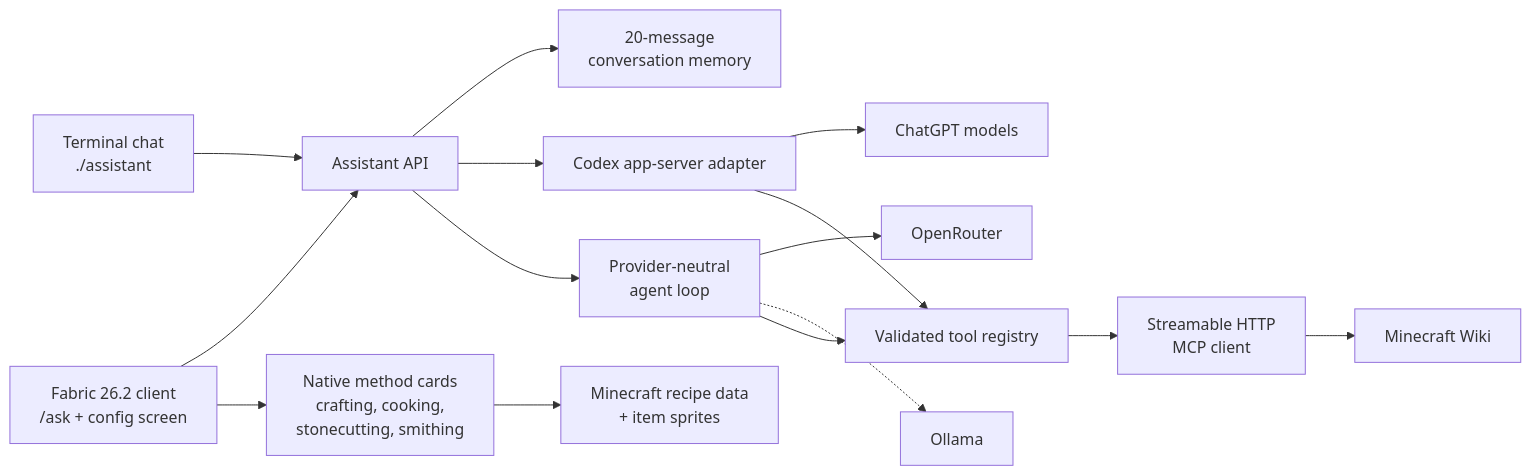
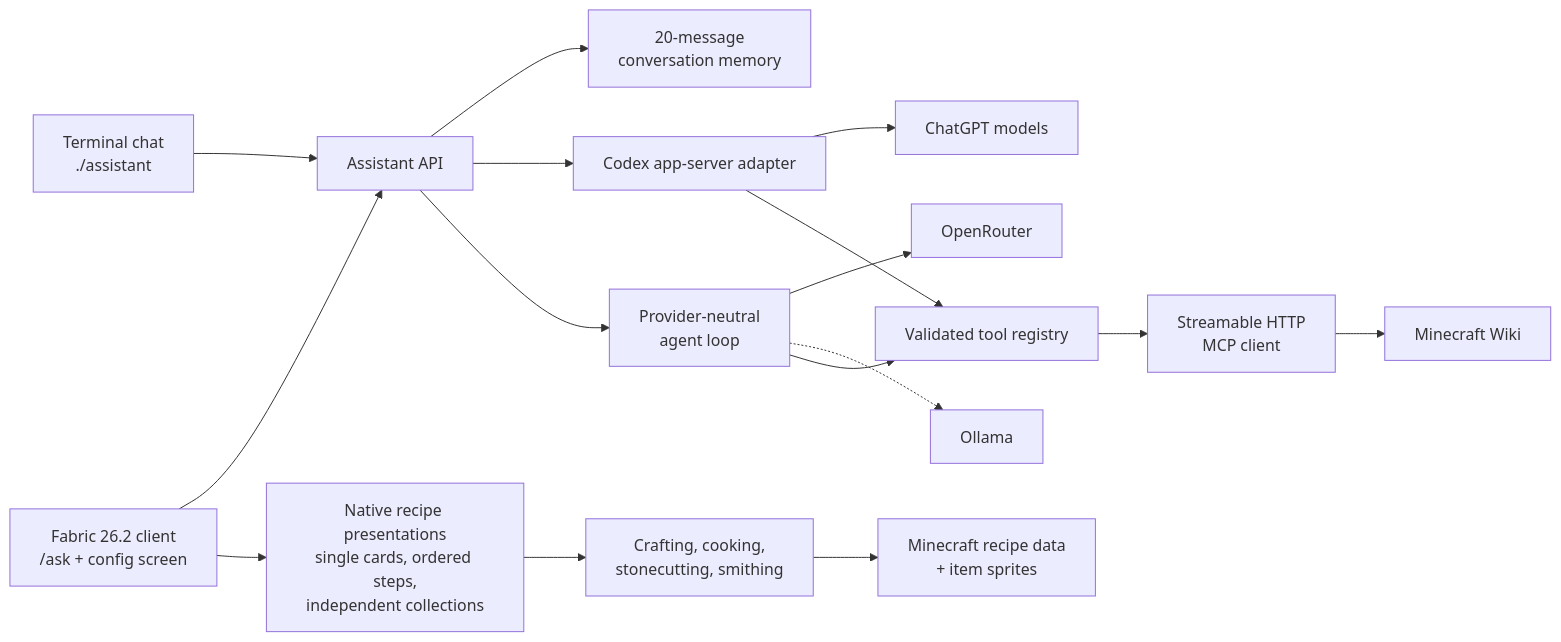
One commit to zubinjha/minecraft-assistant changed the diagram in README.md. Above: the diagram before and after it, drawn with Mermaid. The commit also changed other lines of this file and 1 other file, not shown here.

Commit message:
docs: document native recipe presentations

````diff
--- a/README.md
+++ b/README.md
@@ -21,20 +21,21 @@
 ```mermaid
 flowchart LR
     CLI["Terminal chat<br/>./assistant"] --> API["Assistant API"]
     MC["Fabric 26.2 client<br/>/ask + config screen"] --> API
-    MC --> RECIPES["Native method cards<br/>crafting, cooking,<br/>stonecutting, smithing"]
-    RECIPES --> GAMEDATA["Minecraft recipe data<br/>+ item sprites"]
+    MC --> RECIPES["Native recipe presentations<br/>single cards, ordered steps,<br/>independent collections"]
+    RECIPES --> METHODS["Crafting, cooking,<br/>stonecutting, smithing"]
+    METHODS --> GAMEDATA["Minecraft recipe data<br/>+ item sprites"]
 
     API --> MEMORY["20-message<br/>conversation memory"]
     API --> CODEX["Codex app-server adapter"]
     API --> AGENT["Provider-neutral<br/>agent loop"]
 
     CODEX --> CHATGPT["ChatGPT models"]
     AGENT --> OPENROUTER["OpenRouter"]
     AGENT -.-> OLLAMA["Ollama"]
 
     CODEX --> TOOLS["Validated tool registry"]
     AGENT --> TOOLS
     TOOLS --> MCP["Streamable HTTP<br/>MCP client"]
     MCP --> WIKI["Minecraft Wiki"]
 ```
````
